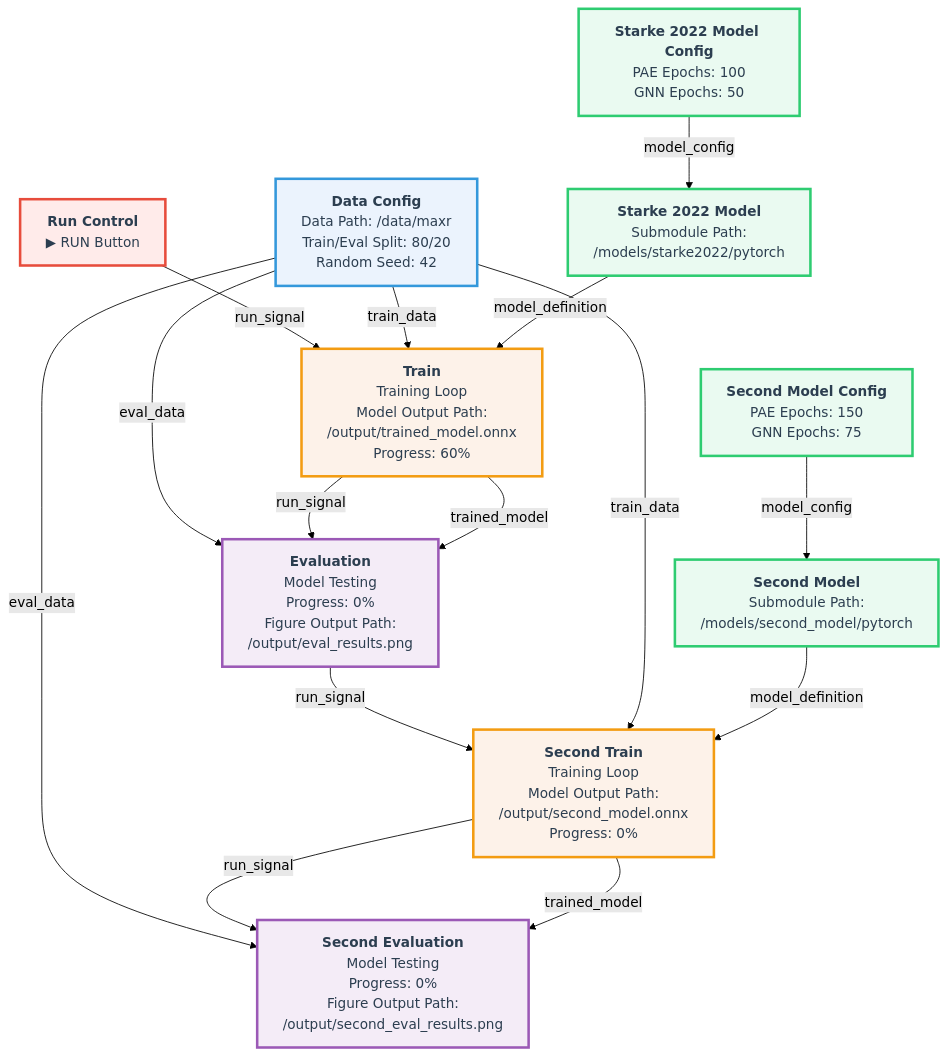
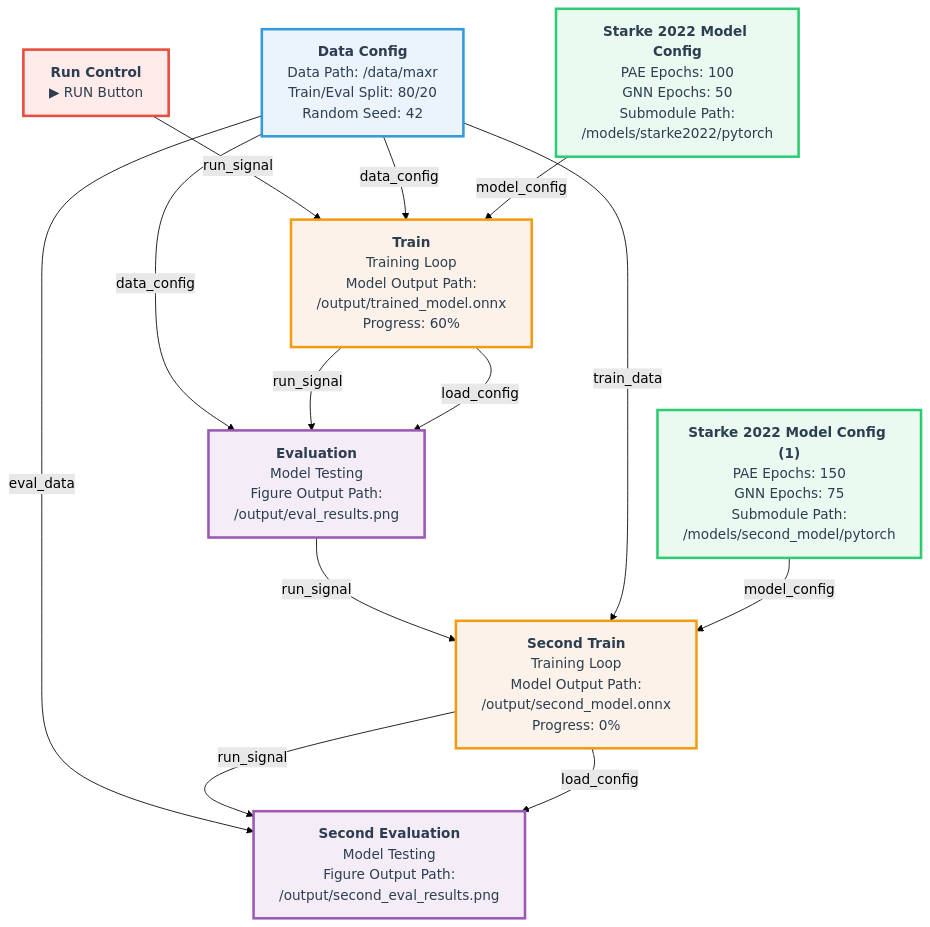
One commit to FilmakademieRnd/AnimHost changed the diagram in doc/multi_training_pipeline.md. Above: the diagram before and after it, drawn with Mermaid (forest theme). The commit also changed 4 other files, not shown here.

Commit message:
graph edits, integration graph

````diff
--- a/doc/multi_training_pipeline.md
+++ b/doc/multi_training_pipeline.md
@@ -3,47 +3,43 @@
 ```mermaid
 graph TD
     %% Training Pipeline Nodes
     A["<b>Run Control</b><br/>▶ RUN Button"]
     B["<b>Data Config</b><br/>Data Path: /data/maxr<br/>Train/Eval Split: 80/20<br/>Random Seed: 42"]
-    C["<b>Starke 2022 Model Config</b><br/>PAE Epochs: 100<br/>GNN Epochs: 50"]
-    D["<b>Starke 2022 Model</b><br/>Submodule Path:<br/>/models/starke2022/pytorch"]
+    C["<b>Starke 2022 Model Config</b><br/>PAE Epochs: 100<br/>GNN Epochs: 50<br/>Submodule Path:<br/>/models/starke2022/pytorch"]
     E["<b>Train</b><br/>Training Loop<br/>Model Output Path:<br/>/output/trained_model.onnx<br/>Progress: 60%"]
-    F["<b>Evaluation</b><br/>Model Testing<br/>Progress: 0%<br/>Figure Output Path:<br/>/output/eval_results.png"]
+    F["<b>Evaluation</b><br/>Model Testing<br/>Figure Output Path:<br/>/output/eval_results.png"]
     
     %% Second Training Pipeline Nodes
-    G["<b>Second Model Config</b><br/>PAE Epochs: 150<br/>GNN Epochs: 75"]
-    H["<b>Second Model</b><br/>Submodule Path:<br/>/models/second_model/pytorch"]
+    G["<b>Starke 2022 Model Config (1)</b><br/>PAE Epochs: 150<br/>GNN Epochs: 75<br/>Submodule Path:<br/>/models/second_model/pytorch"]
     I["<b>Second Train</b><br/>Training Loop<br/>Model Output Path:<br/>/output/second_model.onnx<br/>Progress: 0%"]
-    J["<b>Second Evaluation</b><br/>Model Testing<br/>Progress: 0%<br/>Figure Output Path:<br/>/output/second_eval_results.png"]
+    J["<b>Second Evaluation</b><br/>Model Testing<br/>Figure Output Path:<br/>/output/second_eval_results.png"]
     
     %% Training Pipeline Connections
     A -->|run_signal| E
-    B -->|train_data| E
-    B -->|eval_data| F
-    C -->|model_config| D
-    D -->|model_definition| E
+    B -->|data_config| E
+    B -->|data_config| F
+    C -->|model_config| E
     E -->|run_signal| F
-    E -->|trained_model| F
+    E -->|load_config| F
     
     %% Second Training Pipeline Connections
     F -->|run_signal| I
     B -->|train_data| I
     B -->|eval_data| J
-    G -->|model_config| H
-    H -->|model_definition| I
+    G -->|model_config| I
     I -->|run_signal| J
-    I -->|trained_model| J
+    I -->|load_config| J
     
     %% Node Styling
     classDef runNode fill:#ffebea,stroke:#e74c3c,stroke-width:3px,color:#2c3e50
     classDef dataNode fill:#ebf3fd,stroke:#3498db,stroke-width:3px,color:#2c3e50
     classDef modelNode fill:#eafaf1,stroke:#2ecc71,stroke-width:3px,color:#2c3e50
     classDef trainNode fill:#fdf2e9,stroke:#f39c12,stroke-width:3px,color:#2c3e50
     classDef evalNode fill:#f4ecf7,stroke:#9b59b6,stroke-width:3px,color:#2c3e50
     
     class A runNode
     class B dataNode
-    class C,D,G,H modelNode
+    class C,G modelNode
     class E,I trainNode
     class F,J evalNode
 ```
````
